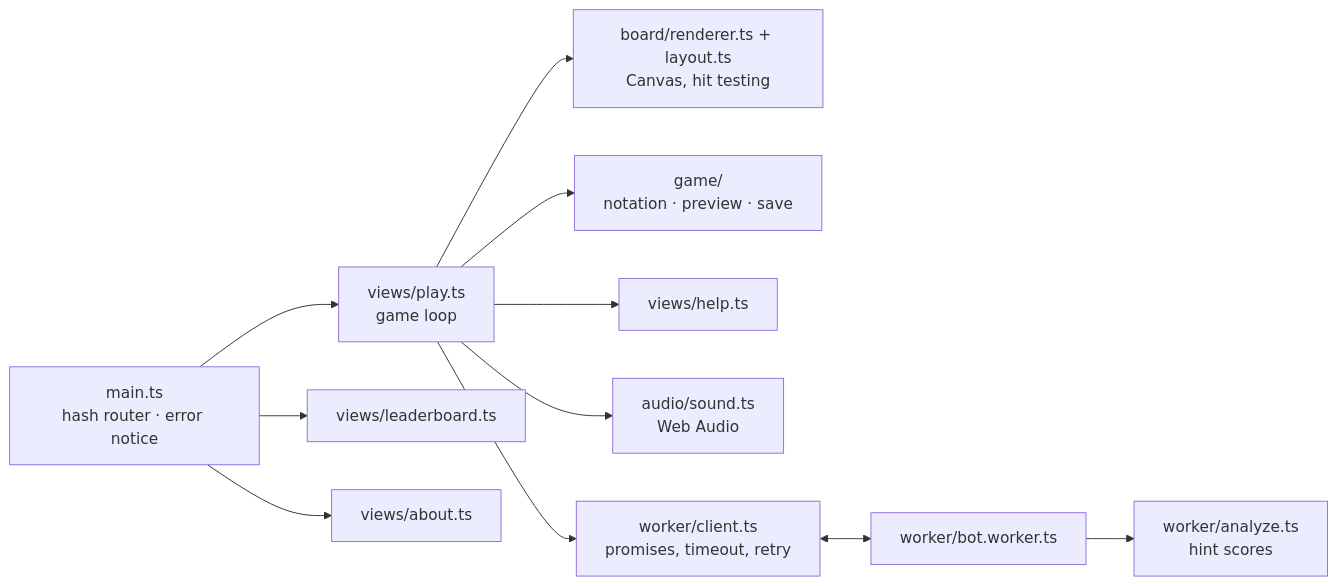
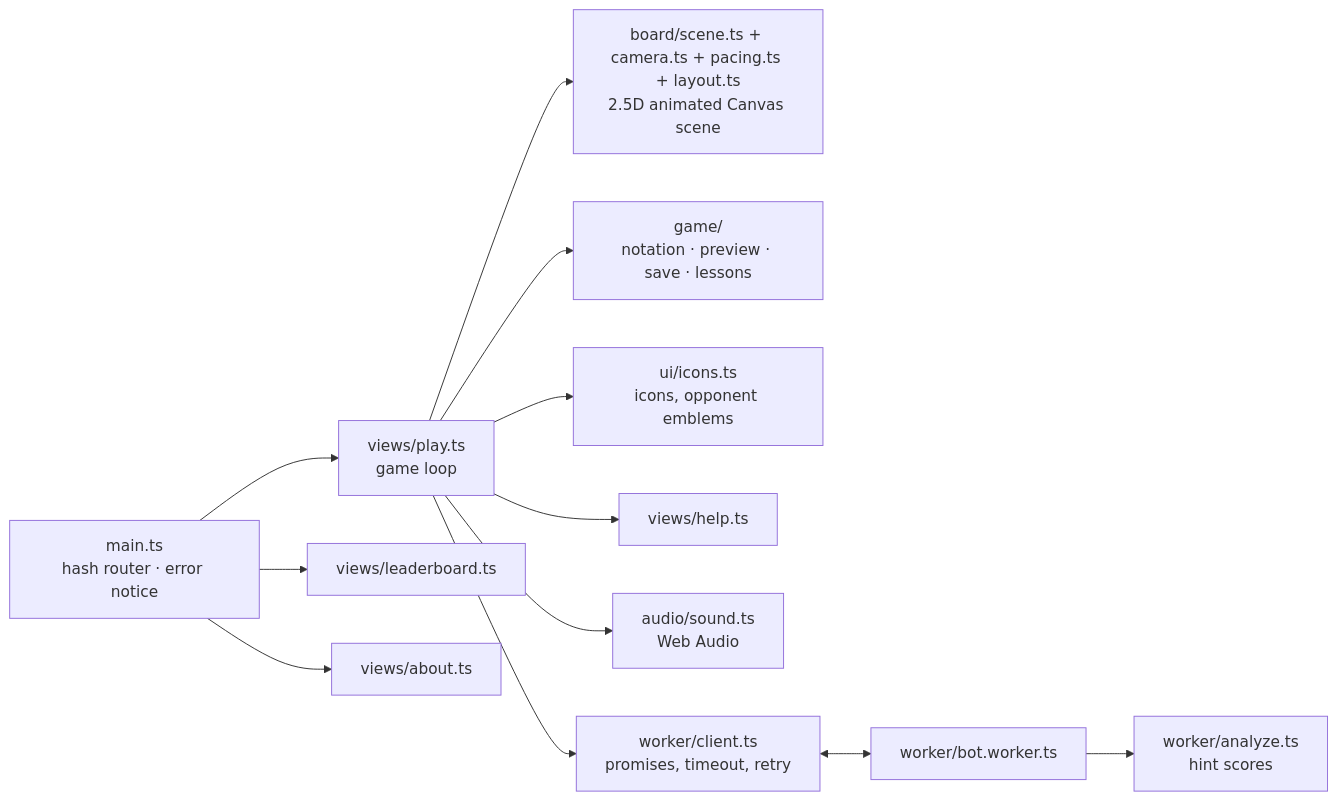
Before and after one commit to robertgeraldsenasin/hasik: the fourth of 8 diagrams in docs/ARCHITECTURE.md, drawn with Mermaid. The commit also changed other lines of this file and 31 other files, not shown here.

First line of the commit message:
feat(web): 2.5D animated board, played tutorial and a phone layout (#7)

````diff
--- a/docs/ARCHITECTURE.md
+++ b/docs/ARCHITECTURE.md
@@ -89,13 +89,14 @@
 ```mermaid
 flowchart LR
   main[main.ts<br/>hash router · error notice] --> play[views/play.ts<br/>game loop]
   main --> lb[views/leaderboard.ts]
   main --> about[views/about.ts]
-  play --> board[board/renderer.ts + layout.ts<br/>Canvas, hit testing]
-  play --> game[game/<br/>notation · preview · save]
+  play --> board[board/scene.ts + camera.ts + pacing.ts + layout.ts<br/>2.5D animated Canvas scene]
+  play --> game[game/<br/>notation · preview · save · lessons]
+  play --> ui[ui/icons.ts<br/>icons, opponent emblems]
   play --> help[views/help.ts]
   play --> audio[audio/sound.ts<br/>Web Audio]
   play --> client[worker/client.ts<br/>promises, timeout, retry]
   client <--> worker[worker/bot.worker.ts]
   worker --> analyze[worker/analyze.ts<br/>hint scores]
 ```
````
